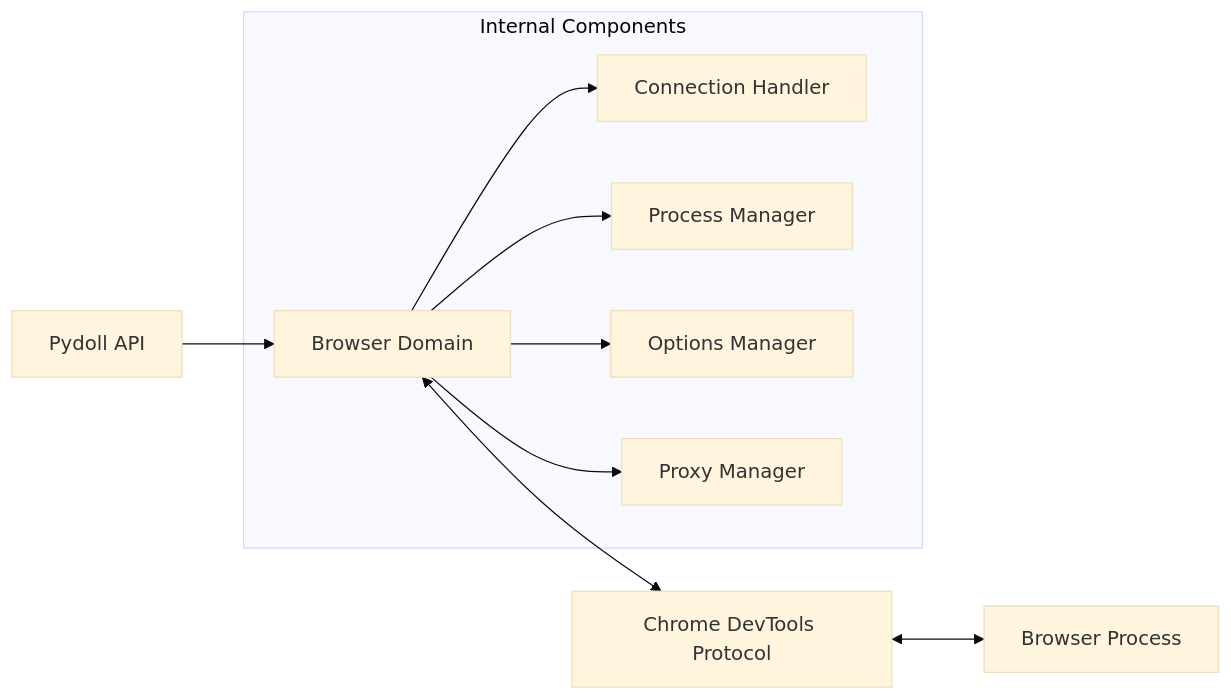
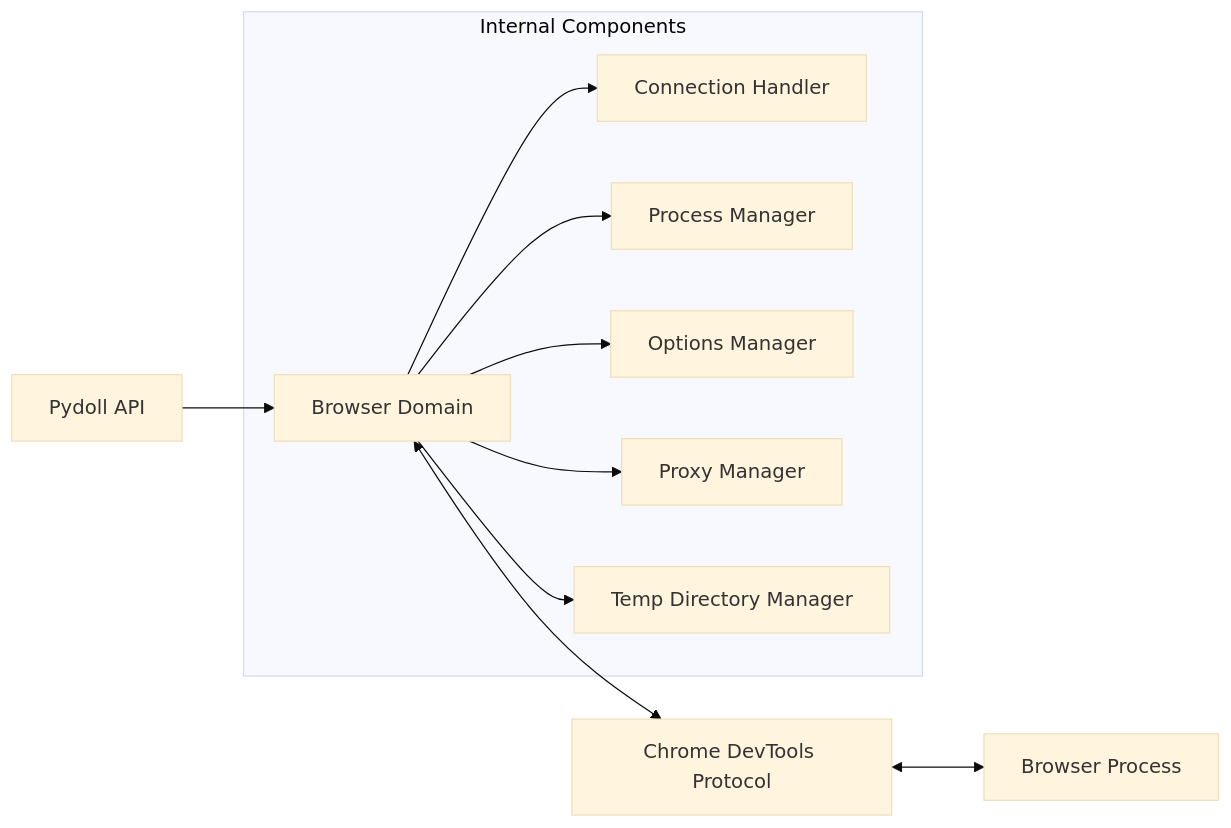
One commit to yie1d/pydoll changed the first of 3 diagrams in docs/deep-dive/browser-domain.md. Above: the diagram before and after it, drawn with Mermaid (base theme). The commit also changed other lines of this file and 38 other files, not shown here.

````diff
--- a/docs/deep-dive/browser-domain.md
+++ b/docs/deep-dive/browser-domain.md
@@ -5,13 +5,14 @@
 ```mermaid
 graph LR
     A[Pydoll API] --> B[Browser Domain]
     B <--> C[Chrome DevTools Protocol]
     C <--> D[Browser Process]
     
     subgraph "Internal Components"
         B --> E[Connection Handler]
         B --> F[Process Manager]
         B --> G[Options Manager]
         B --> H[Proxy Manager]
+        B --> I[Temp Directory Manager]
     end
 ```
````
